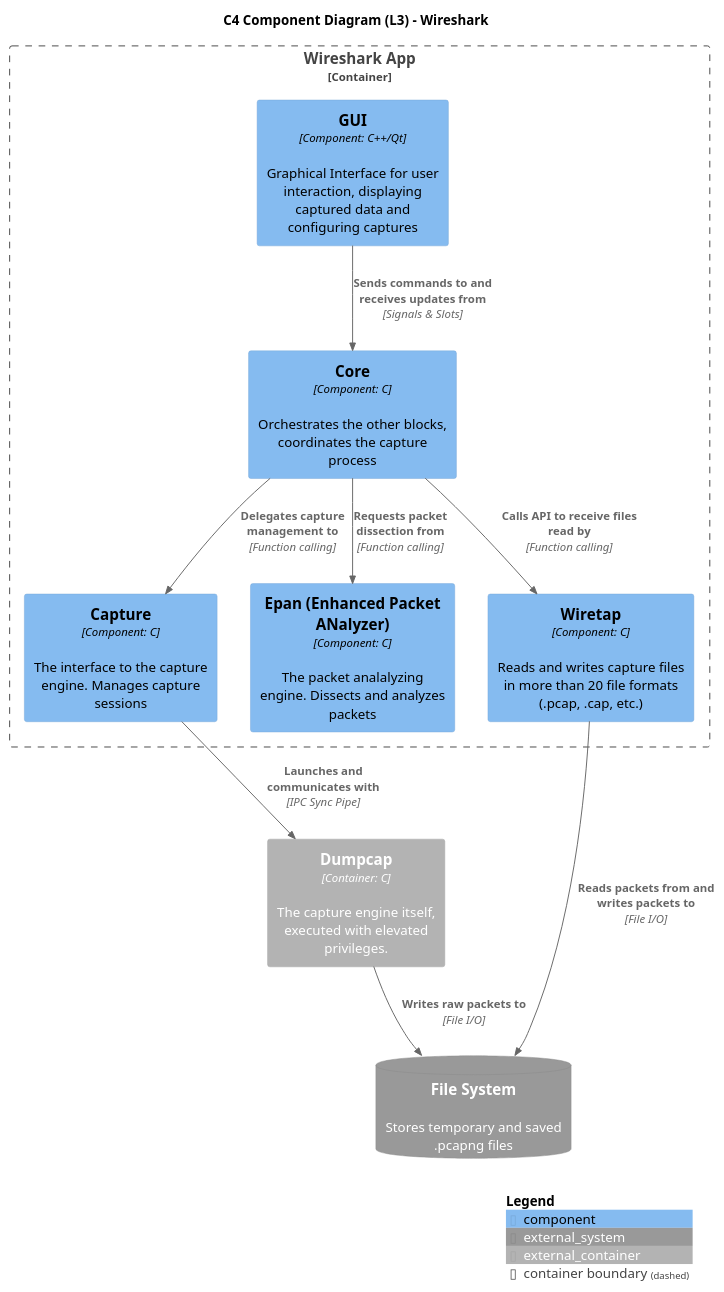
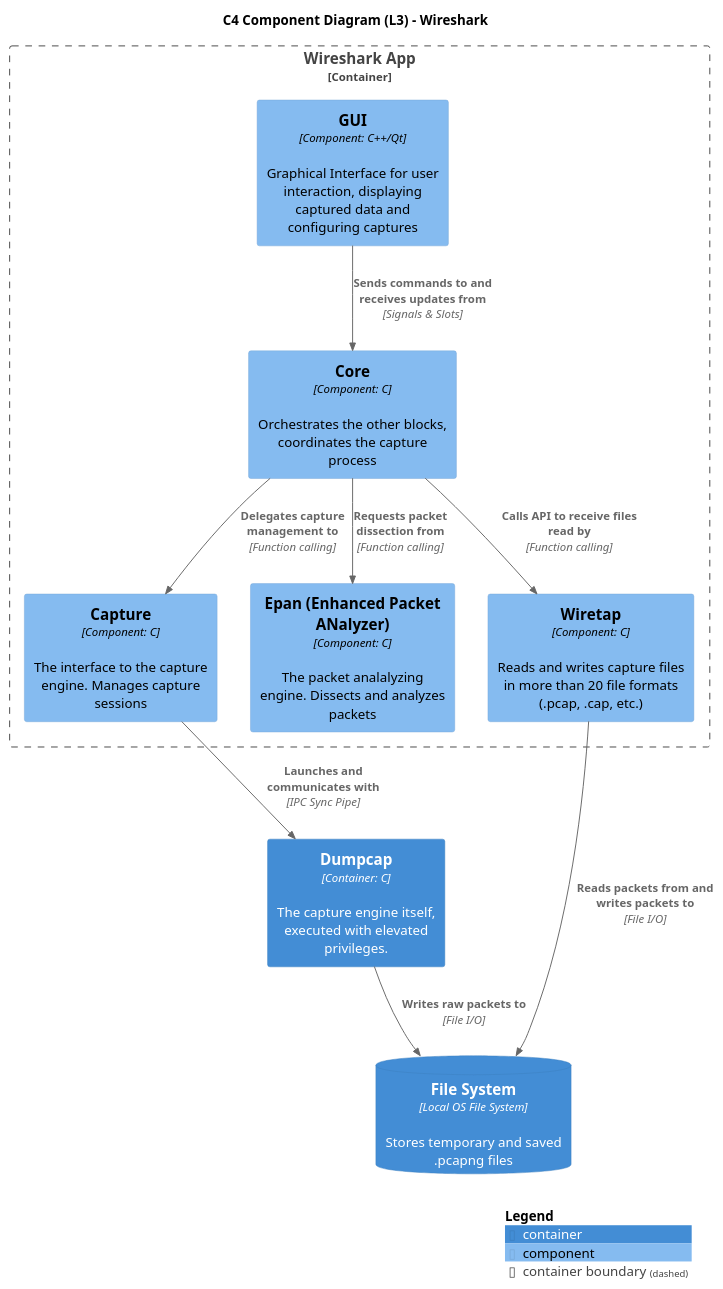
One commit to SDA-Team05/project-team05 changed the diagram in reports/architecture-diagrams/sketches/component_sketch.puml. Above: the diagram before and after it, drawn with PlantUML. The commit also changed 3 other files, not shown here.

Commit message:
updated diagrams according to review

```diff
--- a/reports/architecture-diagrams/sketches/component_sketch.puml
+++ b/reports/architecture-diagrams/sketches/component_sketch.puml
@@ -1,37 +1,37 @@
 @startuml C4_Elements_L3
 !include https://raw.githubusercontent.com/plantuml-stdlib/C4-PlantUML/master/C4_Component.puml
 
 title C4 Component Diagram (L3) - Wireshark
 
 Container_Boundary(wiresharkBoundary, "Wireshark App") {
     Component(gui, "GUI", "Component: C++/Qt", "Graphical Interface for user interaction, displaying captured data and configuring captures")
     Component(core, "Core", "Component: C", "Orchestrates the other blocks, coordinates the capture process")
     Component(capture, "Capture", "Component: C", "The interface to the capture engine. Manages capture sessions")
     Component(epan, "Epan (Enhanced Packet ANalyzer)", "Component: C", "The packet analalyzing engine. Dissects and analyzes packets")
     Component(wireTap, "Wiretap", "Component: C", "Reads and writes capture files in more than 20 file formats (.pcap, .cap, etc.)")
 }
 
-Container_Ext(dumpcap, "Dumpcap", "Container: C", "The capture engine itself, executed with elevated privileges.")
-SystemDb_Ext(filesystem, "File System", "Stores temporary and saved .pcapng files")
+Container(dumpcap, "Dumpcap", "Container: C", "The capture engine itself, executed with elevated privileges.")
+ContainerDb(filesystem, "File System", "Local OS File System", "Stores temporary and saved .pcapng files")
 
 Rel(gui, core, "Sends commands to and receives updates from", "Signals & Slots")
 Rel(core, capture, "Delegates capture management to", "Function calling")
 Rel(core, epan, "Requests packet dissection from", "Function calling")
 
 Rel(capture, dumpcap, "Launches and communicates with", "IPC Sync Pipe")
 ' Capture initializes dumpcap. The core communicates with Dumpcap thanks to Capture
 Rel(dumpcap, filesystem, "Writes raw packets to", "File I/O")
 ' Dumpcap writes raw packets in a temporary file on the hard disk.
 ' Once a packets block has been written, Dumpcap signals Capture, which in turn signals the Core
 
 Rel(core, wireTap, "Calls API to receive files read by", "Function calling")
 ' Once the Core receives the signal, it uses Wiretap to read the packets
 
 Rel(wireTap, filesystem, "Reads packets from and writes packets to", "File I/O")
 ' Wiretap reads the packets from the hard disk
 
 ' CONNECTION BETWEEN WIRETAP AND CAPTURE IS ONLY FOR SHARED DATA STRUCTURES AND FILE FORMATS, NOT FOR FUNCTION CALLS.
 ' UTILITIES ARE EXCLUDED SINCE THEY ARE NOT COMPONENTS, BUT RATHER HELPER CLASSES AND FUNCTIONS USED BY THE COMPONENTS.
 
 SHOW_LEGEND()
 @enduml
```
